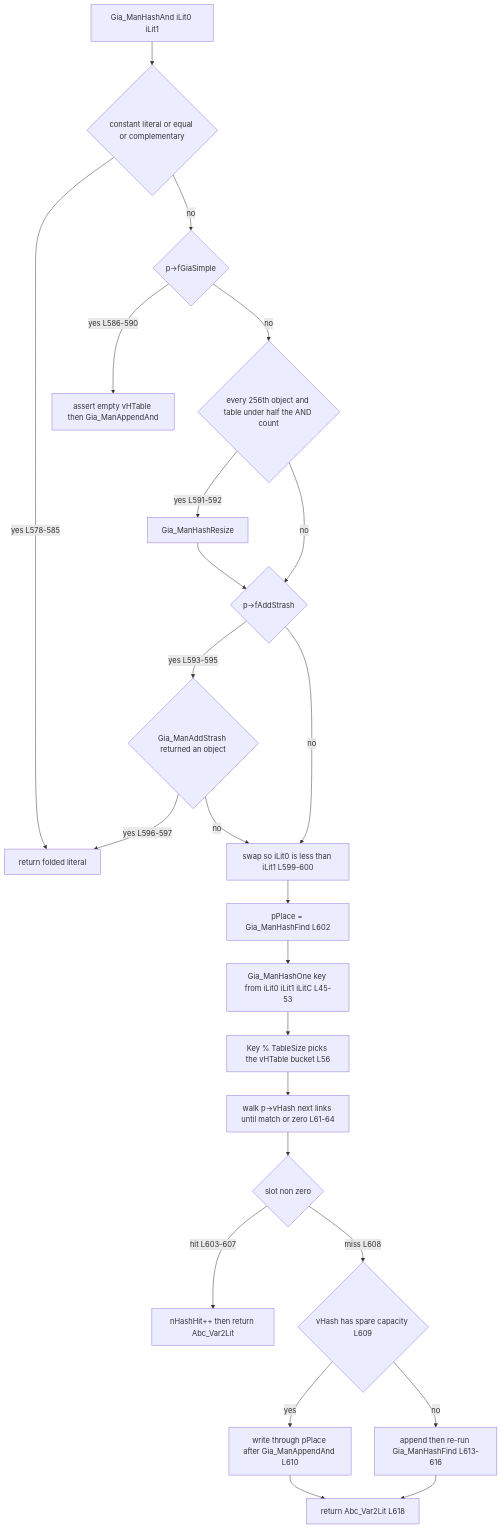
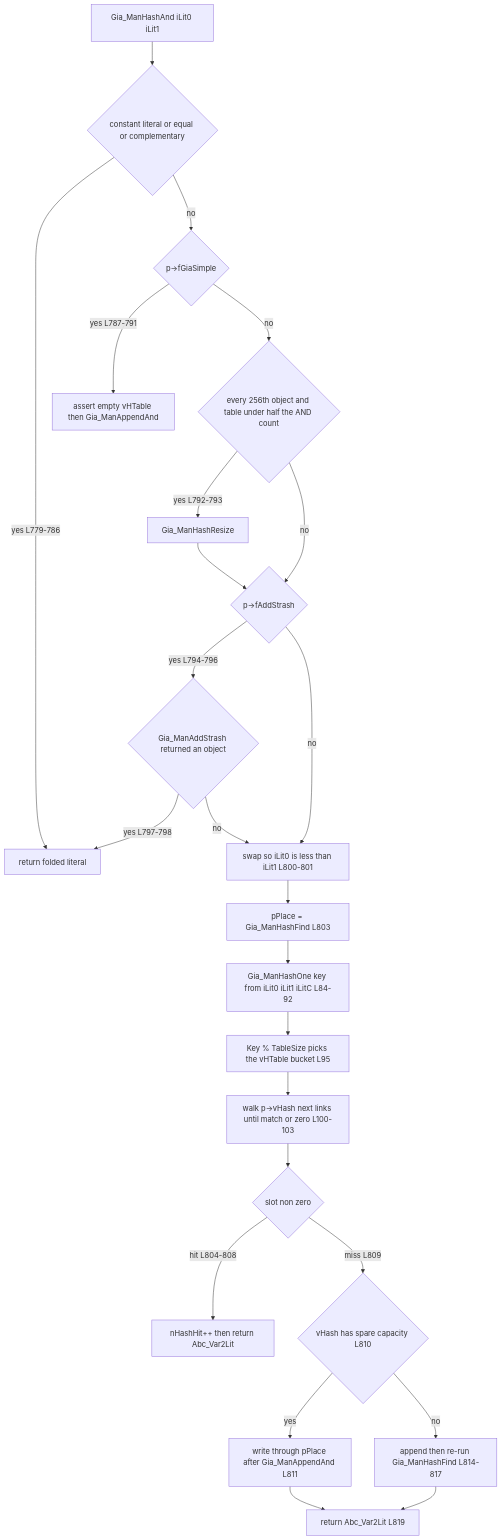
One commit to blitzy-research/abc changed the seventh of 10 diagrams in src/aig/gia/README.md. Above: the diagram before and after it, drawn with Mermaid. The commit also changed other lines of this file and 5 other files, not shown here.

````diff
--- a/src/aig/gia/README.md
+++ b/src/aig/gia/README.md
@@ -876,26 +877,26 @@
 ```mermaid
 flowchart TD
     A["Gia_ManHashAnd iLit0 iLit1"] --> B{"constant literal or equal or complementary"}
-    B -->|"yes L578-585"| C["return folded literal"]
+    B -->|"yes L779-786"| C["return folded literal"]
     B -->|"no"| D{"p->fGiaSimple"}
-    D -->|"yes L586-590"| E["assert empty vHTable then Gia_ManAppendAnd"]
+    D -->|"yes L787-791"| E["assert empty vHTable then Gia_ManAppendAnd"]
     D -->|"no"| F{"every 256th object and table under half the AND count"}
-    F -->|"yes L591-592"| G["Gia_ManHashResize"]
+    F -->|"yes L792-793"| G["Gia_ManHashResize"]
     F -->|"no"| H{"p->fAddStrash"}
     G --> H
-    H -->|"yes L593-595"| I{"Gia_ManAddStrash returned an object"}
-    H -->|"no"| J["swap so iLit0 is less than iLit1 L599-600"]
-    I -->|"yes L596-597"| C
+    H -->|"yes L794-796"| I{"Gia_ManAddStrash returned an object"}
+    H -->|"no"| J["swap so iLit0 is less than iLit1 L800-801"]
+    I -->|"yes L797-798"| C
     I -->|"no"| J
-    J --> K["pPlace = Gia_ManHashFind L602"]
-    K --> K1["Gia_ManHashOne key from iLit0 iLit1 iLitC L45-53"]
-    K1 --> K2["Key % TableSize picks the vHTable bucket L56"]
-    K2 --> K3["walk p->vHash next links until match or zero L61-64"]
+    J --> K["pPlace = Gia_ManHashFind L803"]
+    K --> K1["Gia_ManHashOne key from iLit0 iLit1 iLitC L84-92"]
+    K1 --> K2["Key % TableSize picks the vHTable bucket L95"]
+    K2 --> K3["walk p->vHash next links until match or zero L100-103"]
     K3 --> L{"slot non zero"}
-    L -->|"hit L603-607"| M["nHashHit++ then return Abc_Var2Lit"]
-    L -->|"miss L608"| N{"vHash has spare capacity L609"}
-    N -->|"yes"| O["write through pPlace after Gia_ManAppendAnd L610"]
-    N -->|"no"| P["append then re-run Gia_ManHashFind L613-616"]
-    O --> Q["return Abc_Var2Lit L618"]
+    L -->|"hit L804-808"| M["nHashHit++ then return Abc_Var2Lit"]
+    L -->|"miss L809"| N{"vHash has spare capacity L810"}
+    N -->|"yes"| O["write through pPlace after Gia_ManAppendAnd L811"]
+    N -->|"no"| P["append then re-run Gia_ManHashFind L814-817"]
+    O --> Q["return Abc_Var2Lit L819"]
     P --> Q
 ```
````
